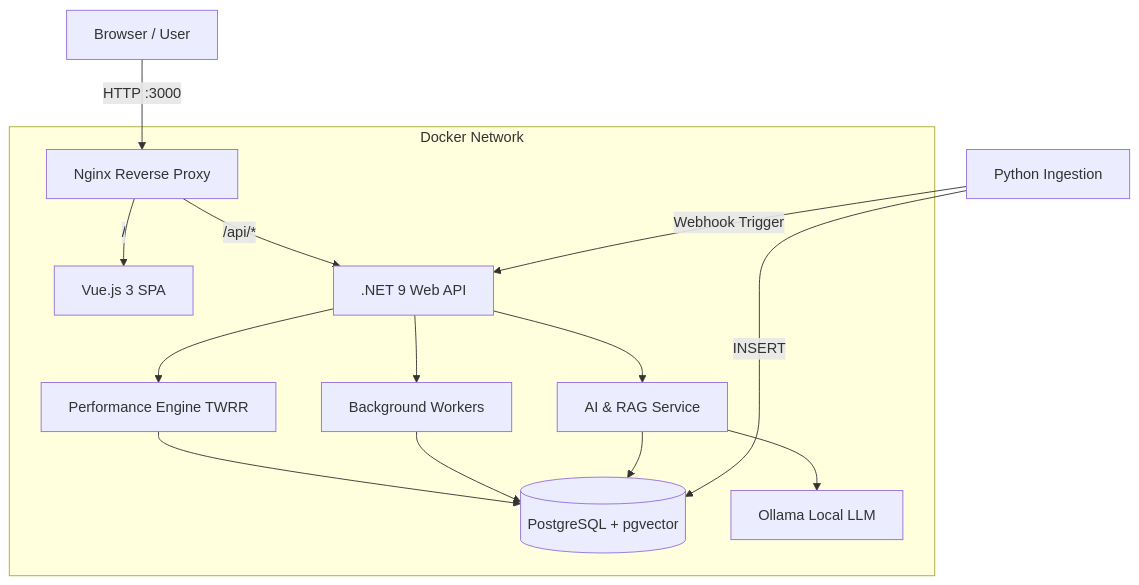
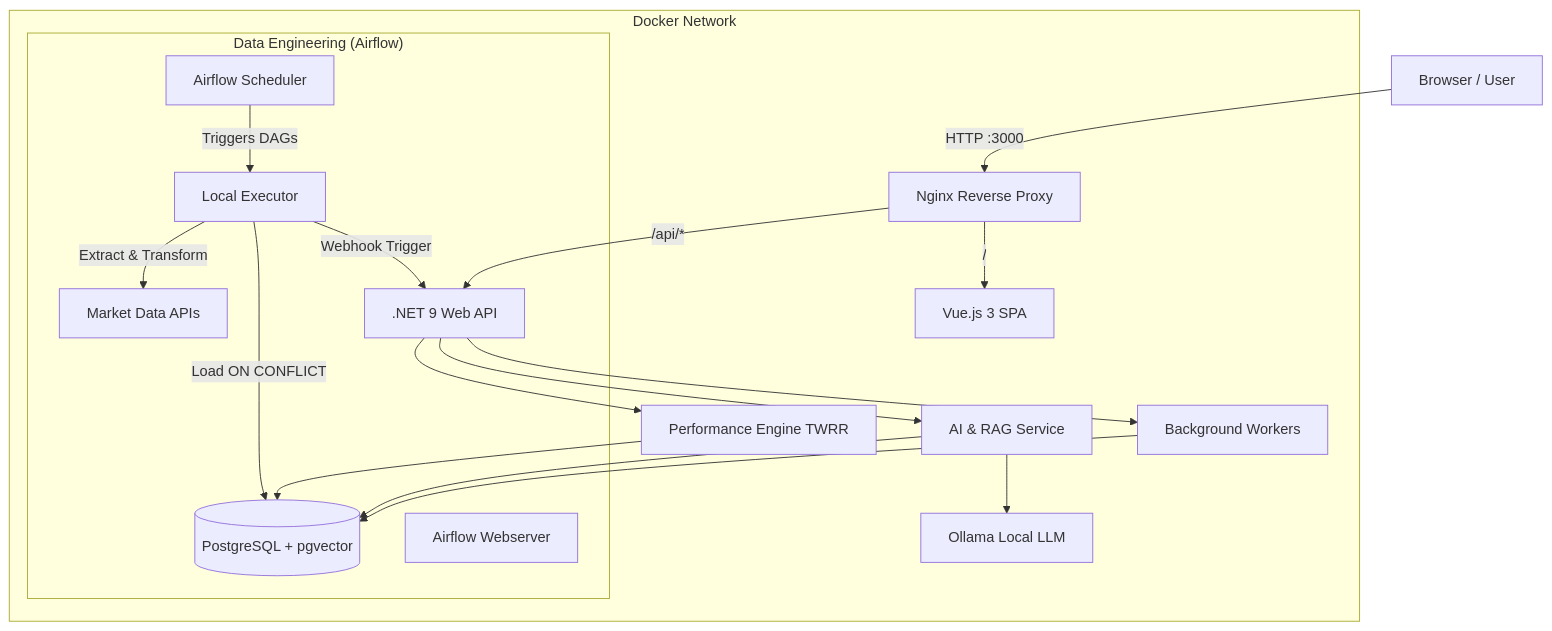
Before and after one commit to simoneriggi92/etf-insight-platform: the diagram in README.md, drawn with Mermaid. The commit also changed other lines of this file, not shown here.

Commit message:
Update Architecture graph and README.md

````diff
--- a/README.md
+++ b/README.md
@@ -31,20 +32,25 @@
 ```mermaid
 graph TD
     Client[Browser / User] -->|HTTP :3000| Nginx[Nginx Reverse Proxy]
     
     subgraph "Docker Network"
         Nginx -->|/| Vue[Vue.js 3 SPA]
         Nginx -->|/api/*| API[.NET 9 Web API]
         
         API --> Engine[Performance Engine TWRR]
         API --> RAG[AI & RAG Service]
         API --> Hangfire[Background Workers]
         
         Engine & Hangfire --> DB[(PostgreSQL + pgvector)]
         RAG --> DB
         RAG --> Ollama[Ollama Local LLM]
+        
+        subgraph "Data Engineering (Airflow)"
+            AirflowUI[Airflow Webserver]
+            Scheduler[Airflow Scheduler] -->|Triggers DAGs| Worker[Local Executor]
+            Worker -->|Extract & Transform| YF[Market Data APIs]
+            Worker -->|Load ON CONFLICT| DB
+            Worker -->|Webhook Trigger| API
+        end
     end
-    
-    Scraper[Python Ingestion] -->|INSERT| DB
-    Scraper -->|Webhook Trigger| API
 ```
````
